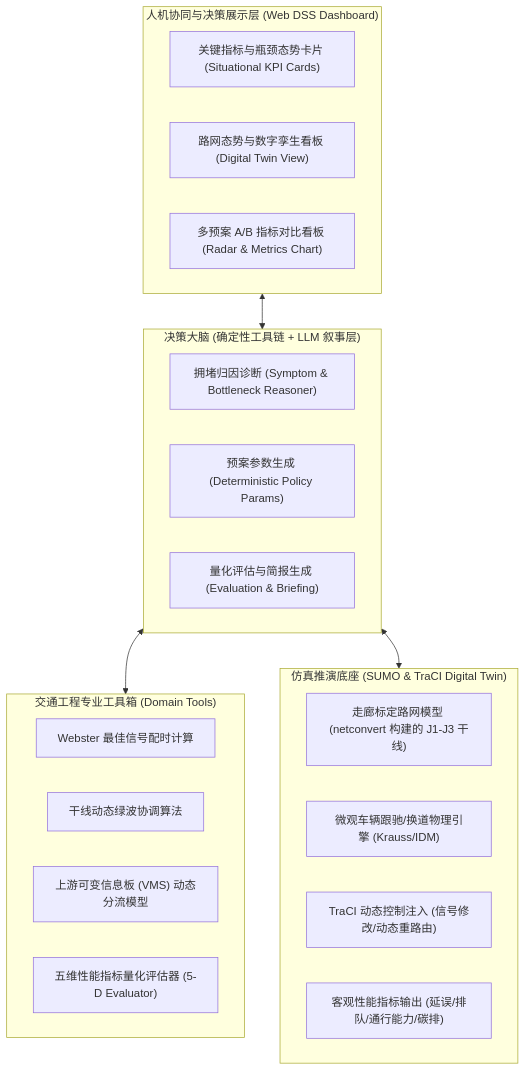
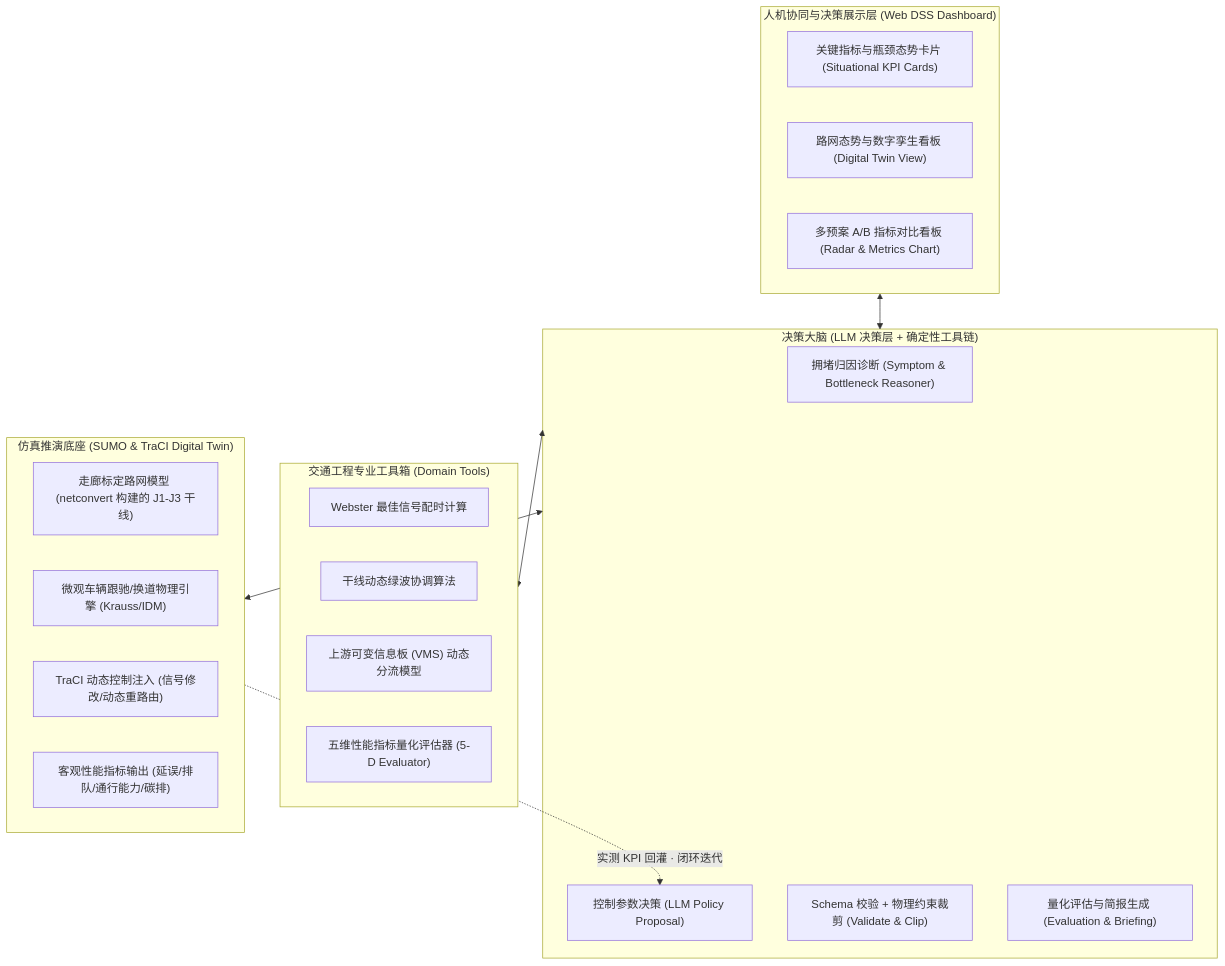
The diagram in README.md (zhutmg00-eng/TrafficAgent-DSS), drawn with Mermaid before and after one commit. The commit also changed other lines of this file and 6 other files, not shown here.

````diff
--- a/README.md
+++ b/README.md
@@ -35,32 +35,34 @@
 ```mermaid
 flowchart TB
     subgraph UI ["人机协同与决策展示层 (Web DSS Dashboard)"]
         A1["关键指标与瓶颈态势卡片 (Situational KPI Cards)"]
         A2["路网态势与数字孪生看板 (Digital Twin View)"]
         A3["多预案 A/B 指标对比看板 (Radar & Metrics Chart)"]
     end
 
-    subgraph AgentCore ["决策大脑 (确定性工具链 + LLM 叙事层)"]
+    subgraph AgentCore ["决策大脑 (LLM 决策层 + 确定性工具链)"]
         B1["拥堵归因诊断 (Symptom & Bottleneck Reasoner)"]
-        B2["预案参数生成 (Deterministic Policy Params)"]
-        B3["量化评估与简报生成 (Evaluation & Briefing)"]
+        B2["控制参数决策 (LLM Policy Proposal)"]
+        B3["Schema 校验 + 物理约束裁剪 (Validate & Clip)"]
+        B4["量化评估与简报生成 (Evaluation & Briefing)"]
     end
 
     subgraph Tools ["交通工程专业工具箱 (Domain Tools)"]
         C1["Webster 最佳信号配时计算"]
         C2["干线动态绿波协调算法"]
         C3["上游可变信息板 (VMS) 动态分流模型"]
         C4["五维性能指标量化评估器 (5-D Evaluator)"]
     end
 
     subgraph Simulation ["仿真推演底座 (SUMO & TraCI Digital Twin)"]
         D1["走廊标定路网模型 (netconvert 构建的 J1-J3 干线)"]
         D2["微观车辆跟驰/换道物理引擎 (Krauss/IDM)"]
         D3["TraCI 动态控制注入 (信号修改/动态重路由)"]
         D4["客观性能指标输出 (延误/排队/通行能力/碳排)"]
     end
 
     UI <--> AgentCore
     AgentCore <--> Tools
     AgentCore <--> Simulation
+    Simulation -. "实测 KPI 回灌 · 闭环迭代" .-> B2
 ```
````
